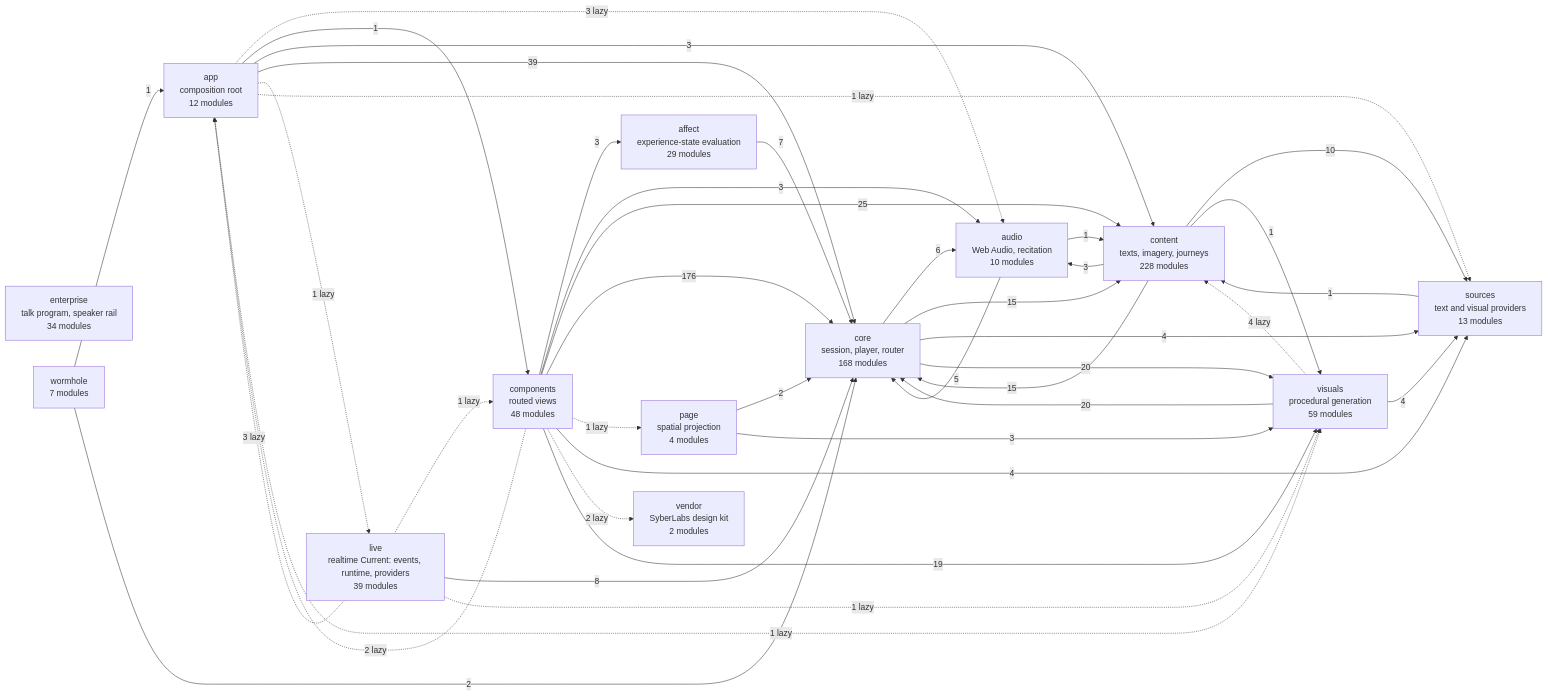
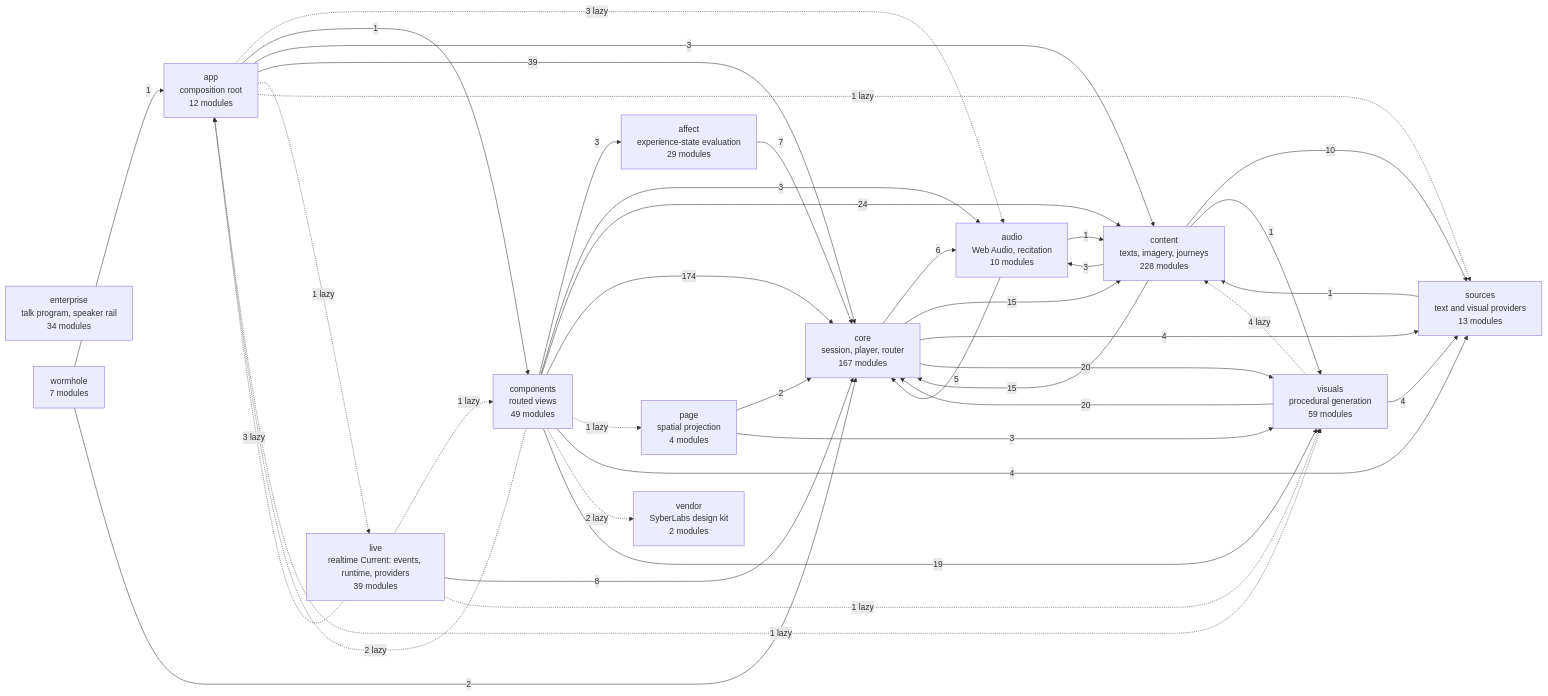
One commit to SyberLabs/RISE changed the diagram in docs/specs/ARCHITECTURE.md. Above: the diagram before and after it, drawn with Mermaid. The commit also changed other lines of this file and 51 other files, not shown here.

````diff
--- a/docs/specs/ARCHITECTURE.md
+++ b/docs/specs/ARCHITECTURE.md
@@ -160,56 +160,56 @@
 ```mermaid
 flowchart LR
     affect["affect<br/>experience-state evaluation<br/>29 modules"]
     app["app<br/>composition root<br/>12 modules"]
     audio["audio<br/>Web Audio, recitation<br/>10 modules"]
-    components["components<br/>routed views<br/>48 modules"]
+    components["components<br/>routed views<br/>49 modules"]
     content["content<br/>texts, imagery, journeys<br/>228 modules"]
-    core["core<br/>session, player, router<br/>168 modules"]
+    core["core<br/>session, player, router<br/>167 modules"]
     enterprise["enterprise<br/>talk program, speaker rail<br/>34 modules"]
     live["live<br/>realtime Current: events, runtime, providers<br/>39 modules"]
     page["page<br/>spatial projection<br/>4 modules"]
     sources["sources<br/>text and visual providers<br/>13 modules"]
     vendor["vendor<br/>SyberLabs design kit<br/>2 modules"]
     visuals["visuals<br/>procedural generation<br/>59 modules"]
     wormhole["wormhole<br/>7 modules"]
 
     affect --> |7| core
     app -.-> |3 lazy| audio
     app --> |1| components
     app --> |3| content
     app --> |39| core
     app -.-> |1 lazy| live
     app -.-> |1 lazy| sources
     app -.-> |1 lazy| visuals
     audio --> |1| content
     audio --> |5| core
     components --> |3| affect
     components -.-> |2 lazy| app
     components --> |3| audio
-    components --> |25| content
-    components --> |176| core
+    components --> |24| content
+    components --> |174| core
     components -.-> |1 lazy| page
     components --> |4| sources
     components -.-> |2 lazy| vendor
     components --> |19| visuals
     content --> |3| audio
     content --> |15| core
     content --> |10| sources
     content --> |1| visuals
     core --> |6| audio
     core --> |15| content
     core --> |4| sources
     core --> |20| visuals
     live -.-> |3 lazy| app
     live -.-> |1 lazy| components
     live --> |8| core
     live -.-> |1 lazy| visuals
     page --> |2| core
     page --> |3| visuals
     sources --> |1| content
     visuals -.-> |4 lazy| content
     visuals --> |20| core
     visuals --> |4| sources
     wormhole --> |1| app
     wormhole --> |2| core
 ```
````
